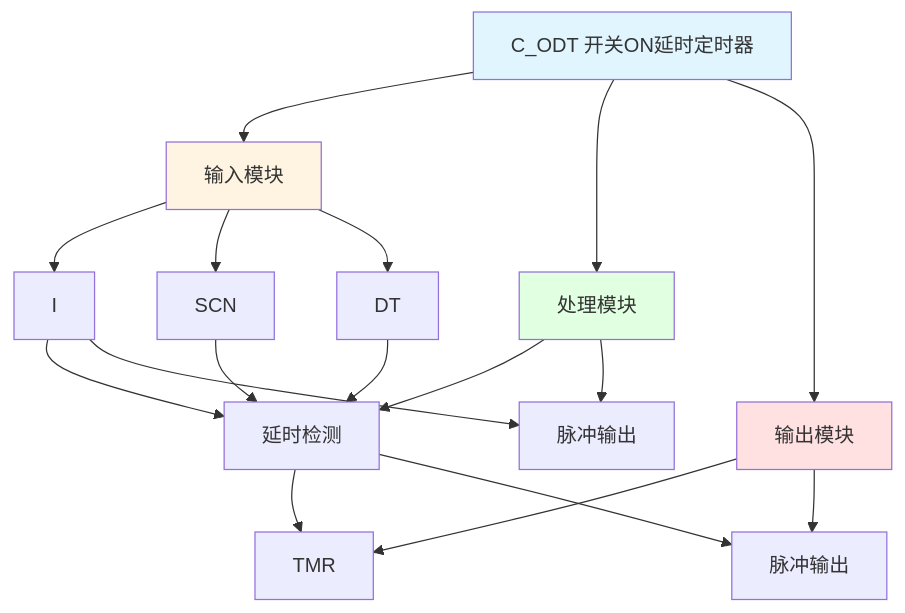
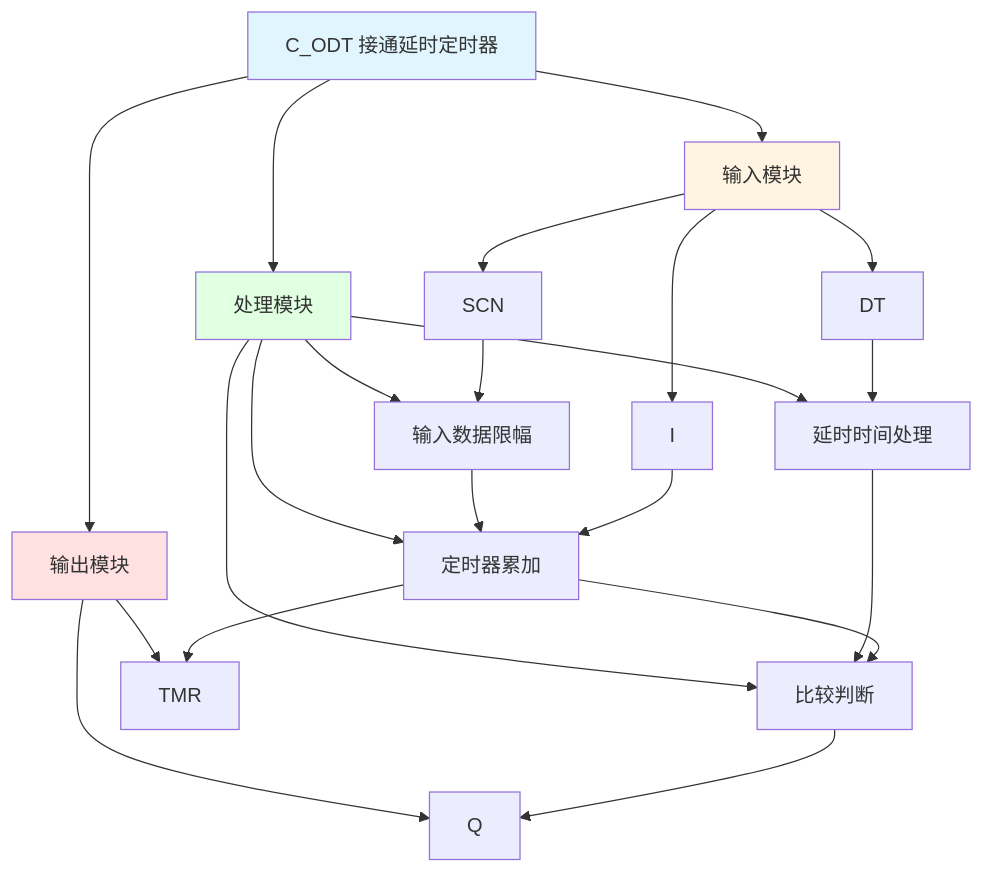
The diagram in C_ODT_分析报告.md (dlgt6/c), drawn with Mermaid before and after one commit. The commit also changed other lines of this file and 46 other files, not shown here.

````diff
--- a/C_ODT_分析报告.md
+++ b/C_ODT_分析报告.md
@@ -19,28 +30,32 @@
 ```mermaid
 graph TD
-    A[C_ODT 开关ON延时定时器] --> B[输入模块]
+    A[C_ODT 接通延时定时器] --> B[输入模块]
     A --> C[处理模块]
     A --> D[输出模块]
     
     B --> B1[I]
-    B --> B2[SCN]
-    B --> B3[DT]
+    B --> B2[DT]
+    B --> B3[SCN]
     
-    C --> C1[延时检测]
-    C --> C2[脉冲输出]
+    C --> C1[输入数据限幅]
+    C --> C2[延时时间处理]
+    C --> C3[定时器累加]
+    C --> C4[比较判断]
     
-    D --> D1[TMR]
-    D --> D2[脉冲输出]
+    D --> D1[Q]
+    D --> D2[TMR]
     
-    B1 --> C1
-    B2 --> C1
     B3 --> C1
-    C1 --> D1
-    C1 --> D2
-    B1 --> C2
+    B2 --> C2
+    C1 --> C3
+    C2 --> C4
+    B1 --> C3
+    C3 --> D2
+    C3 --> C4
+    C4 --> D1
     
     style A fill:#e1f5ff
     style B fill:#fff4e1
     style C fill:#e1ffe1
     style D fill:#ffe1e1
 ```
````
